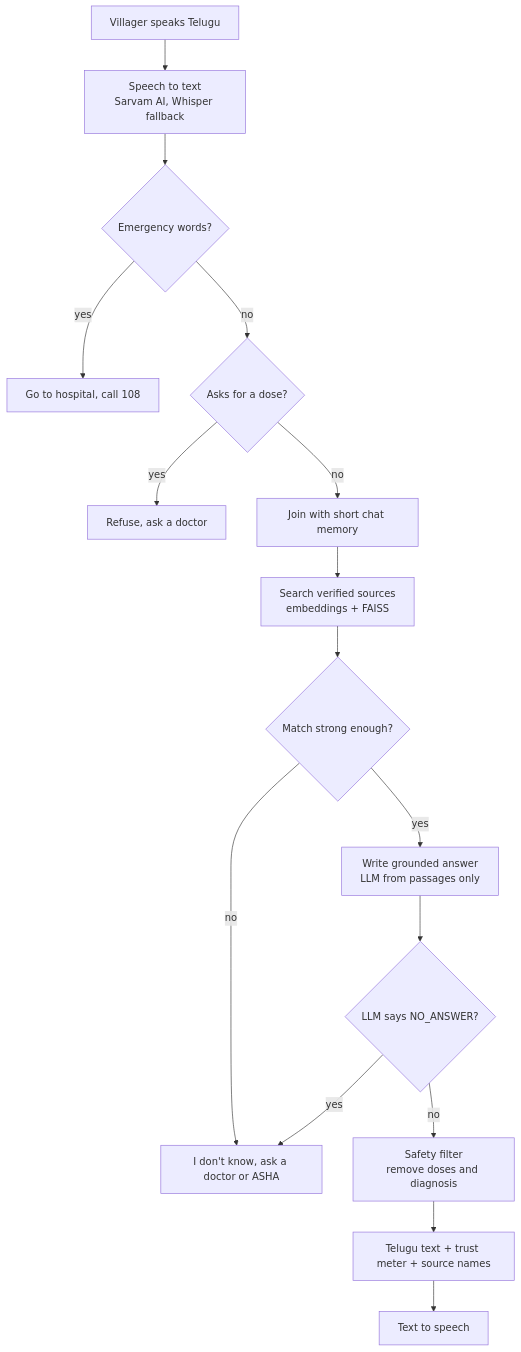
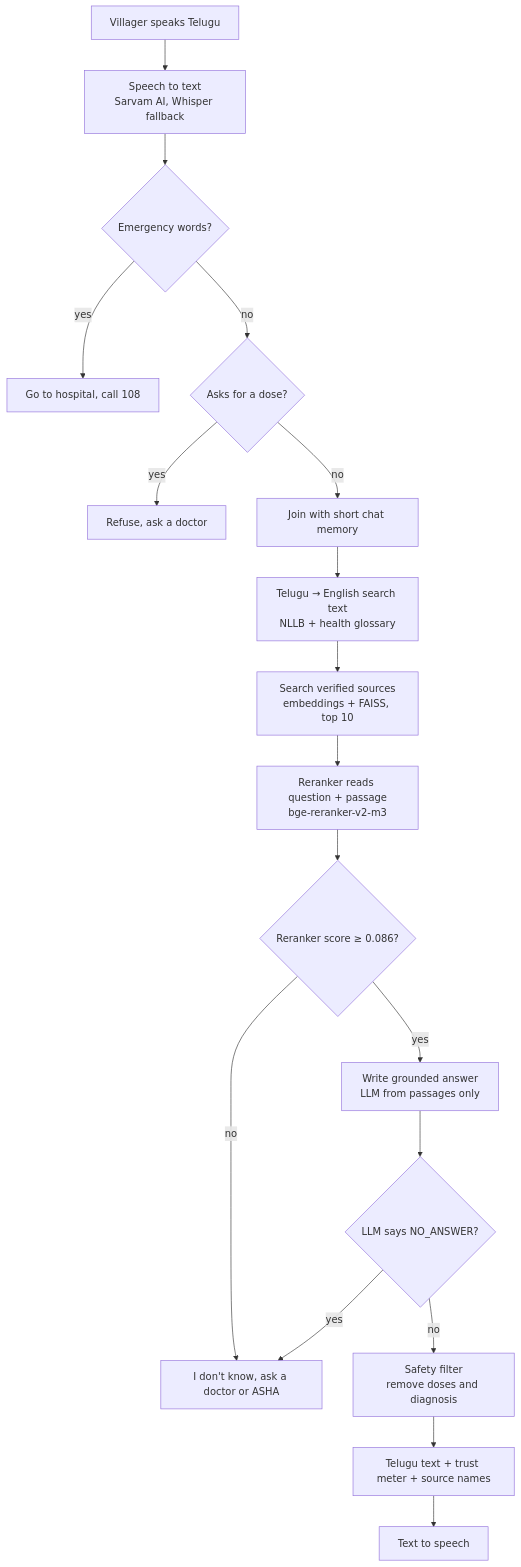
Before and after one commit to vaishnavikatkam41/vaani: the diagram in README.md, drawn with Mermaid. The commit also changed other lines of this file and 32 other files, not shown here.

````diff
--- a/README.md
+++ b/README.md
@@ -41,18 +43,20 @@
 ```mermaid
 flowchart TD
     A[Villager speaks Telugu] --> B[Speech to text<br/>Sarvam AI, Whisper fallback]
     B --> C{Emergency words?}
     C -- yes --> D[Go to hospital, call 108]
     C -- no --> E{Asks for a dose?}
     E -- yes --> F[Refuse, ask a doctor]
     E -- no --> G[Join with short chat memory]
-    G --> H[Search verified sources<br/>embeddings + FAISS]
-    H --> I{Match strong enough?}
+    G --> T[Telugu → English search text<br/>NLLB + health glossary]
+    T --> H[Search verified sources<br/>embeddings + FAISS, top 10]
+    H --> R[Reranker reads question + passage<br/>bge-reranker-v2-m3]
+    R --> I{Reranker score ≥ 0.086?}
     I -- no --> J["I don't know, ask a doctor or ASHA"]
     I -- yes --> K[Write grounded answer<br/>LLM from passages only]
     K --> L{LLM says NO_ANSWER?}
     L -- yes --> J
     L -- no --> M[Safety filter<br/>remove doses and diagnosis]
     M --> N[Telugu text + trust meter + source names]
     N --> O[Text to speech]
 ```
````
